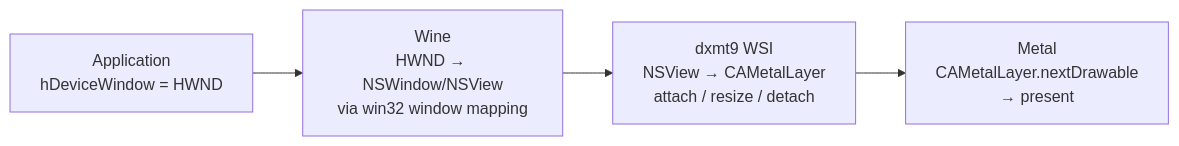
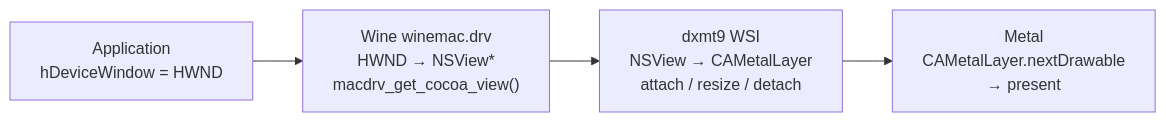
Before and after one commit to dfdgsdfg/dxmt9: the diagram in specs/core/wsi.md, drawn with Mermaid. The commit also changed other lines of this file and 15 other files, not shown here.

````diff
--- a/specs/core/wsi.md
+++ b/specs/core/wsi.md
@@ -16,9 +16,9 @@
 ```mermaid
 graph LR
     APP["Application\nhDeviceWindow = HWND"]
-    WINE["Wine\nHWND → NSWindow/NSView\nvia win32 window mapping"]
+    WINE["Wine winemac.drv\nHWND → NSView*\nmacdrv_get_cocoa_view()"]
     WSI["dxmt9 WSI\nNSView → CAMetalLayer\nattach / resize / detach"]
     MTL["Metal\nCAMetalLayer.nextDrawable\n→ present"]
 
     APP --> WINE --> WSI --> MTL
 ```
````
